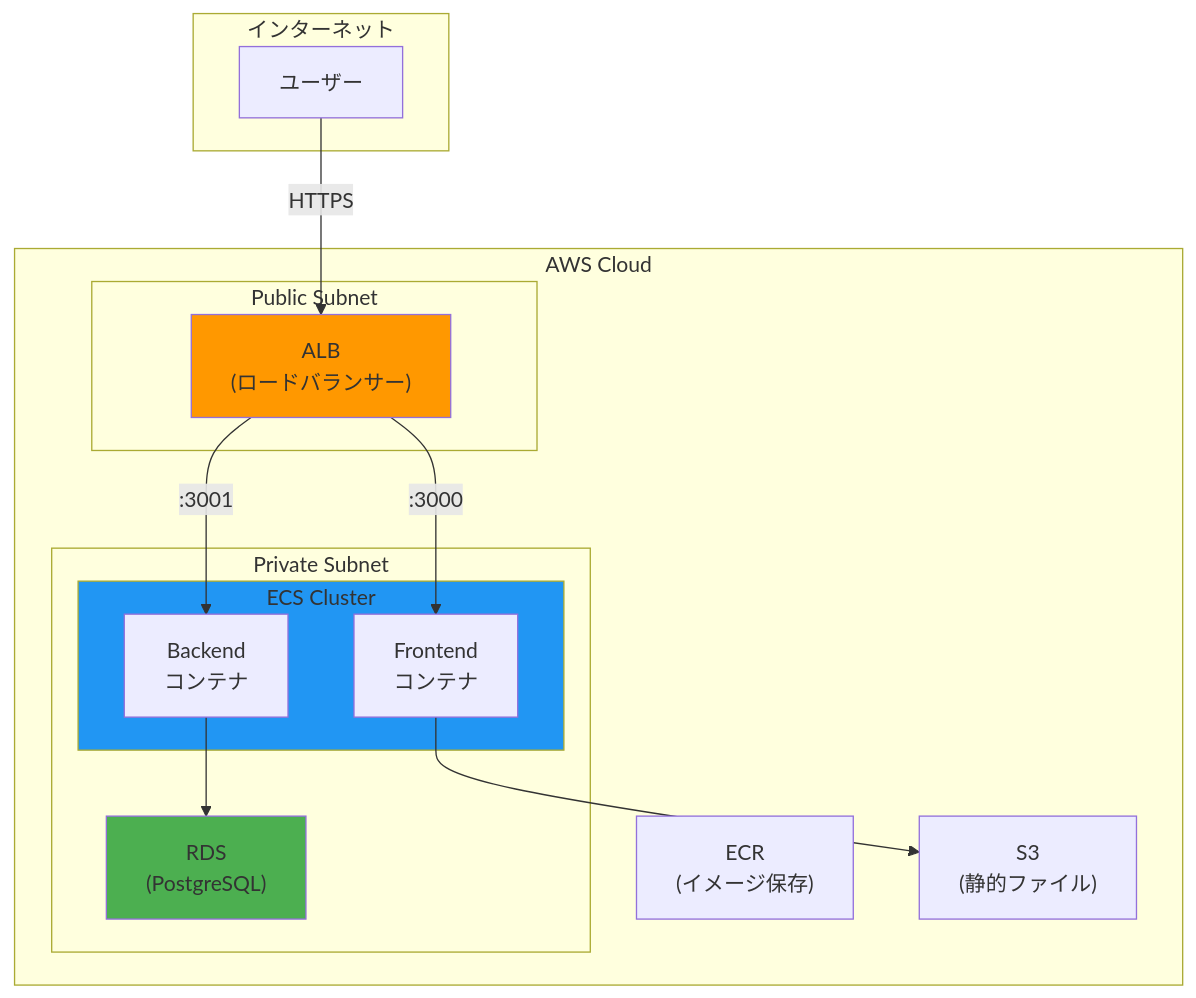
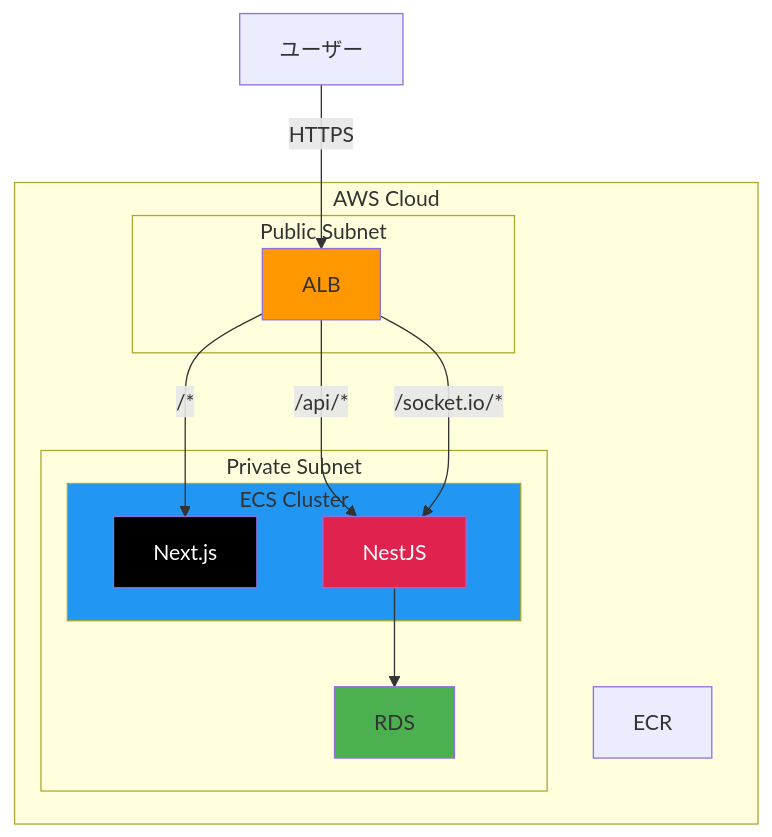
One commit to muratanaoki/party-box changed the second of 11 diagrams in docs/curriculum/02-aws.md. Above: the diagram before and after it, drawn with Mermaid. The commit also changed other lines of this file and 1 other file, not shown here.

````diff
--- a/docs/curriculum/02-aws.md
+++ b/docs/curriculum/02-aws.md
@@ -37,33 +51,32 @@
 ```mermaid
 flowchart TB
-    subgraph Internet["インターネット"]
-        User["ユーザー"]
-    end
+    User["ユーザー"]
 
     subgraph AWS["AWS Cloud"]
-        subgraph PublicSubnet["Public Subnet"]
-            ALB["ALB\n(ロードバランサー)"]
+        subgraph Public["Public Subnet"]
+            ALB["ALB"]
         end
 
-        subgraph PrivateSubnet["Private Subnet"]
+        subgraph Private["Private Subnet"]
             subgraph ECS["ECS Cluster"]
-                Frontend["Frontend\nコンテナ"]
-                Backend["Backend\nコンテナ"]
+                Next["Next.js"]
+                Nest["NestJS"]
             end
-            RDS["RDS\n(PostgreSQL)"]
+            RDS["RDS"]
         end
 
-        ECR["ECR\n(イメージ保存)"]
-        S3["S3\n(静的ファイル)"]
+        ECR["ECR"]
     end
 
     User -->|HTTPS| ALB
-    ALB -->|:3000| Frontend
-    ALB -->|:3001| Backend
-    Backend --> RDS
-    Frontend --> S3
+    ALB -->|/*| Next
+    ALB -->|/api/*| Nest
+    ALB -->|/socket.io/*| Nest
+    Nest --> RDS
 
     style ALB fill:#ff9800
     style ECS fill:#2196f3
     style RDS fill:#4caf50
+    style Next fill:#000,color:#fff
+    style Nest fill:#e0234e,color:#fff
 ```
````
